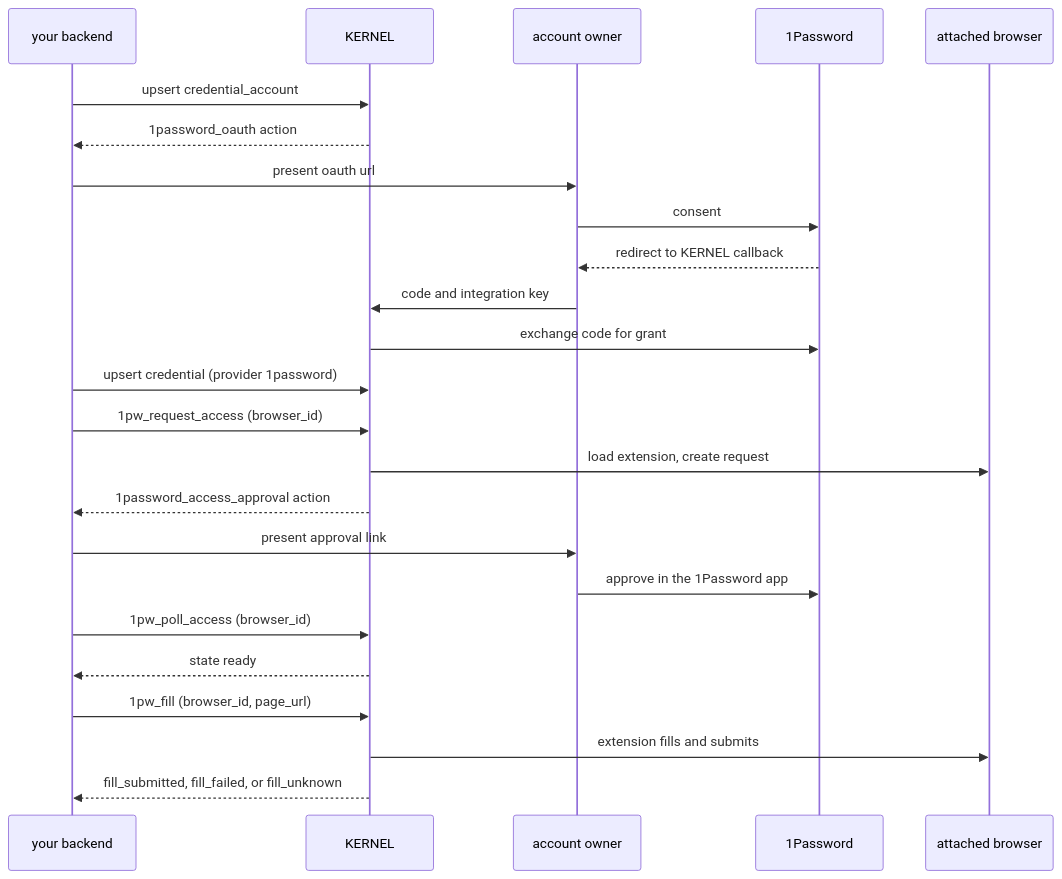
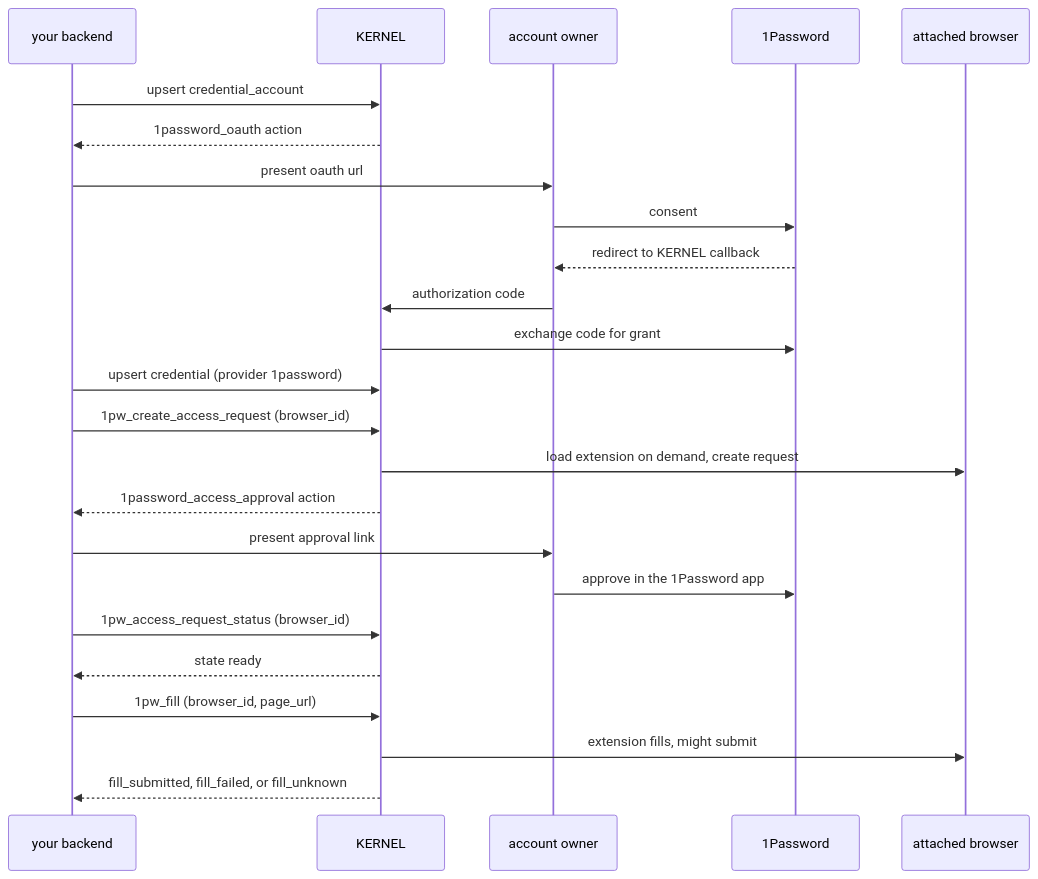
One commit to kernel/docs changed the diagram in vaults/1password.mdx. Above: the diagram before and after it, drawn with Mermaid. The commit also changed other lines of this file and 2 other files, not shown here.

Commit message:
Update 1Password docs for renamed access request operations

````diff
--- a/vaults/1password.mdx
+++ b/vaults/1password.mdx
@@ -93,26 +94,26 @@
 ```mermaid
 sequenceDiagram
   participant App as your backend
   participant K as KERNEL
   participant U as account owner
   participant OP as 1Password
   participant B as attached browser
   App->>K: upsert credential_account
   K-->>App: 1password_oauth action
   App->>U: present oauth url
   U->>OP: consent
   OP-->>U: redirect to KERNEL callback
-  U->>K: code and integration key
+  U->>K: authorization code
   K->>OP: exchange code for grant
   App->>K: upsert credential (provider 1password)
-  App->>K: 1pw_request_access (browser_id)
-  K->>B: load extension, create request
+  App->>K: 1pw_create_access_request (browser_id)
+  K->>B: load extension on demand, create request
   K-->>App: 1password_access_approval action
   App->>U: present approval link
   U->>OP: approve in the 1Password app
-  App->>K: 1pw_poll_access (browser_id)
+  App->>K: 1pw_access_request_status (browser_id)
   K-->>App: state ready
   App->>K: 1pw_fill (browser_id, page_url)
-  K->>B: extension fills and submits
+  K->>B: extension fills, might submit
   K-->>App: fill_submitted, fill_failed, or fill_unknown
 ```
````
